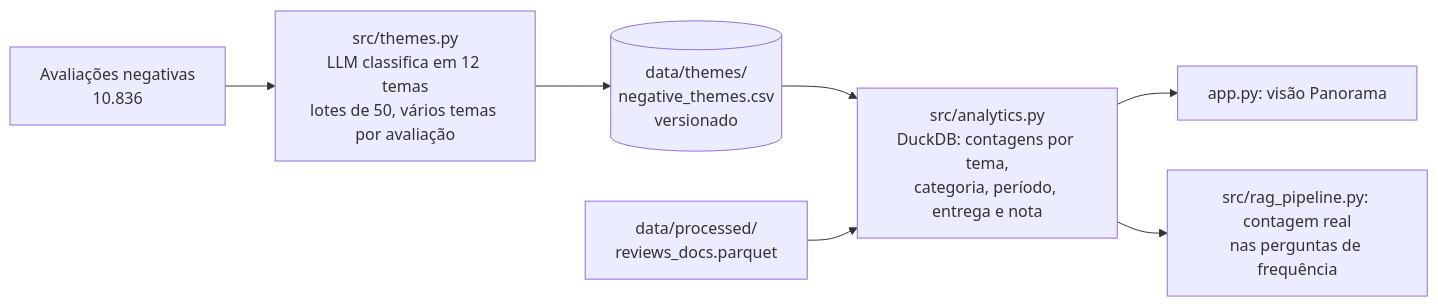
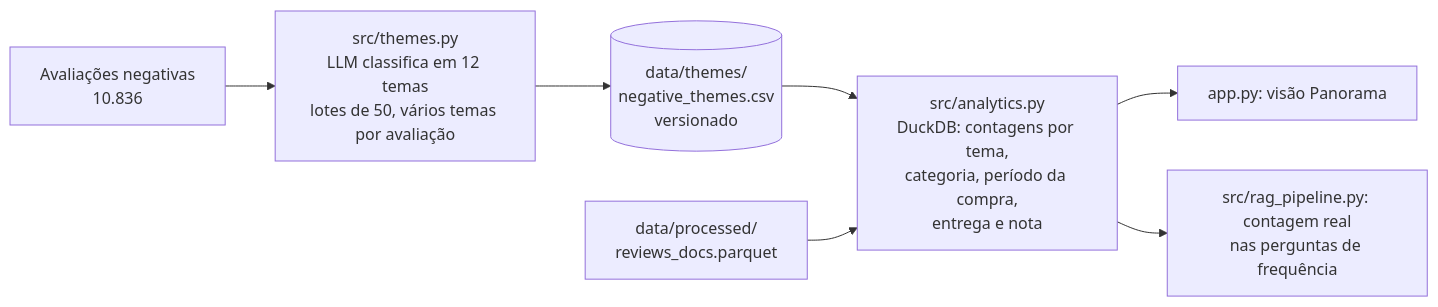
Before and after one commit to Dinaldorc/tech-challenge-fase4: the third of 3 diagrams in docs/arquitetura.md, drawn with Mermaid. The commit also changed other lines of this file and 14 other files, not shown here.

````diff
--- a/docs/arquitetura.md
+++ b/docs/arquitetura.md
@@ -72,9 +72,9 @@
 ```mermaid
 flowchart LR
     A["Avaliações negativas<br/>10.836"] --> B["src/themes.py<br/>LLM classifica em 12 temas<br/>lotes de 50, vários temas por avaliação"]
     B --> C[("data/themes/<br/>negative_themes.csv<br/>versionado")]
-    C --> D["src/analytics.py<br/>DuckDB: contagens por tema,<br/>categoria, período, entrega e nota"]
+    C --> D["src/analytics.py<br/>DuckDB: contagens por tema,<br/>categoria, período da compra,<br/>entrega e nota"]
     E["data/processed/<br/>reviews_docs.parquet"] --> D
     D --> F["app.py: visão Panorama"]
     D --> G["src/rag_pipeline.py: contagem real<br/>nas perguntas de frequência"]
 ```
````
